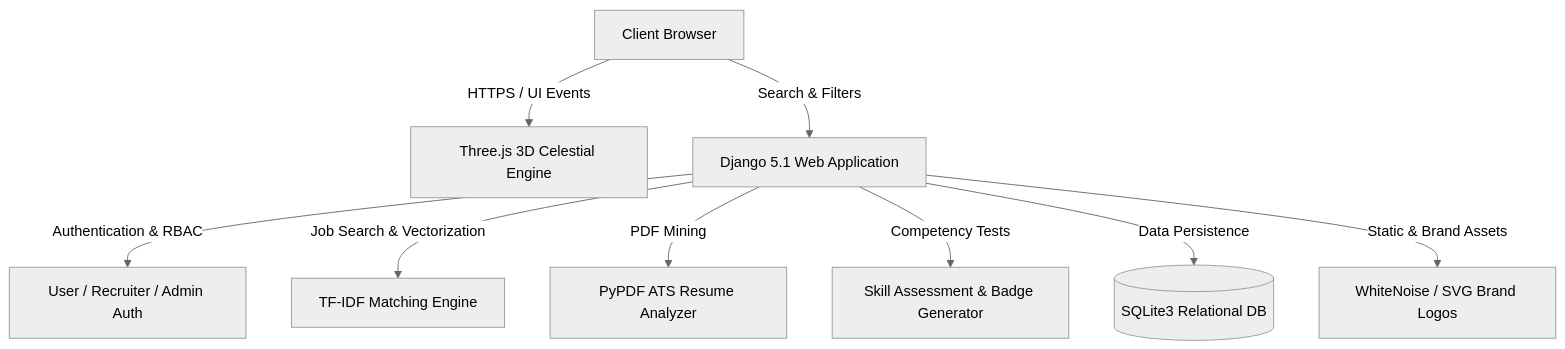
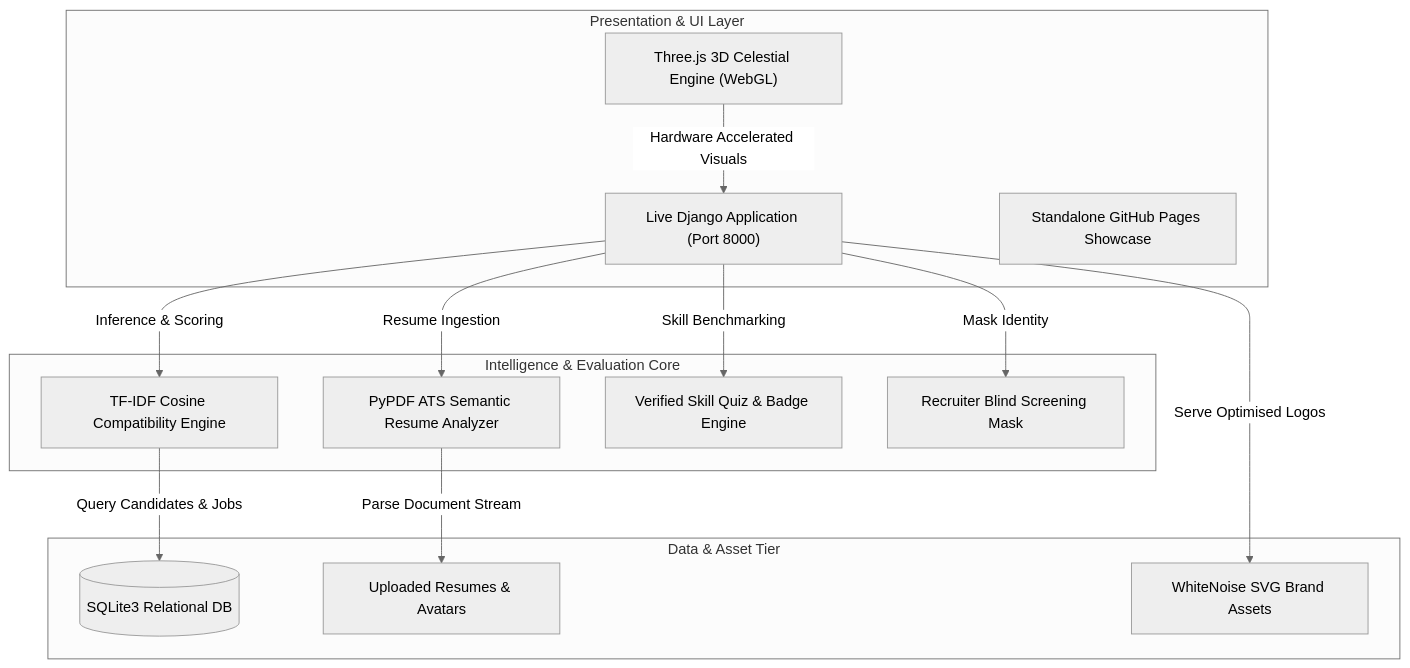
Before and after one commit to ebiin-0/HireSphere: the diagram in README.md, drawn with Mermaid (neutral theme). The commit also changed other lines of this file, not shown here.

Commit message:
docs: align README with Sentinel.AI architecture specs, badges, and professional formatting

````diff
--- a/README.md
+++ b/README.md
@@ -61,11 +128,30 @@
 ```mermaid
-graph TD
-    A[Client Browser] -->|HTTPS / UI Events| B[Three.js 3D Celestial Engine]
-    A -->|Search & Filters| C[Django 5.1 Web Application]
-    C -->|Authentication & RBAC| D[User / Recruiter / Admin Auth]
-    C -->|Job Search & Vectorization| E[TF-IDF Matching Engine]
-    C -->|PDF Mining| F[PyPDF ATS Resume Analyzer]
-    C -->|Competency Tests| G[Skill Assessment & Badge Generator]
-    C -->|Data Persistence| H[(SQLite3 Relational DB)]
-    C -->|Static & Brand Assets| I[WhiteNoise / SVG Brand Logos]
+flowchart TD
+    subgraph Presentation ["Presentation & UI Layer"]
+        UI1["Live Django Application (Port 8000)"]
+        UI2["Standalone GitHub Pages Showcase"]
+        CANVAS["Three.js 3D Celestial Engine (WebGL)"]
+    end
+
+    subgraph CoreEngine ["Intelligence & Evaluation Core"]
+        MATCH["TF-IDF Cosine Compatibility Engine"]
+        ATS["PyPDF ATS Semantic Resume Analyzer"]
+        QUIZ["Verified Skill Quiz & Badge Engine"]
+        BLIND["Recruiter Blind Screening Mask"]
+    end
+
+    subgraph Persistence ["Data & Asset Tier"]
+        DB[(SQLite3 Relational DB)]
+        MEDIA["Uploaded Resumes & Avatars"]
+        STATIC["WhiteNoise SVG Brand Assets"]
+    end
+
+    UI1 -->|Inference & Scoring| MATCH
+    UI1 -->|Resume Ingestion| ATS
+    UI1 -->|Skill Benchmarking| QUIZ
+    UI1 -->|Mask Identity| BLIND
+    CANVAS -->|Hardware Accelerated Visuals| UI1
+    MATCH -->|Query Candidates & Jobs| DB
+    ATS -->|Parse Document Stream| MEDIA
+    UI1 -->|Serve Optimised Logos| STATIC
 ```
````
